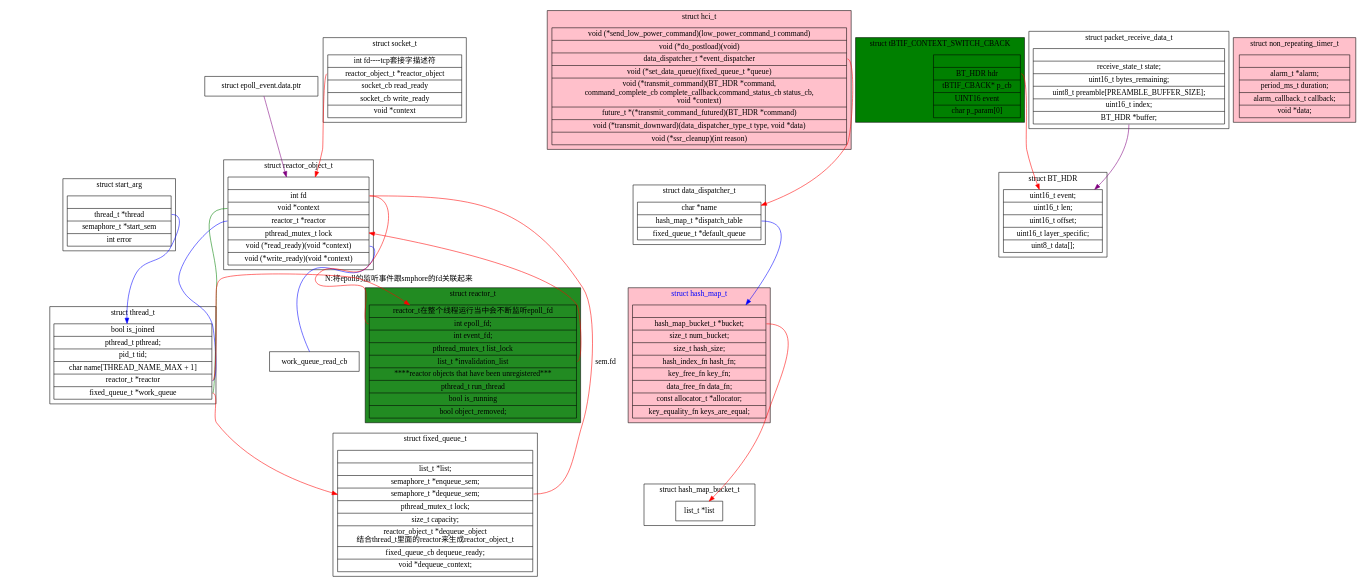
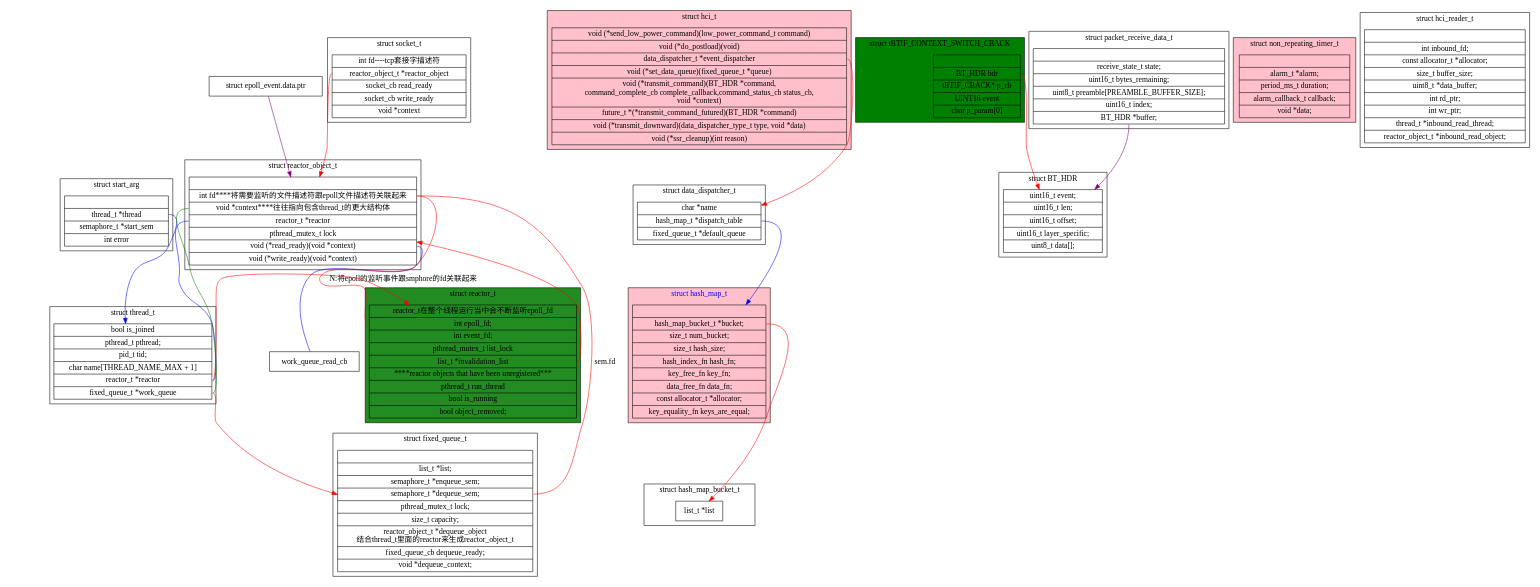
Before and after one commit to YsuXia/Debian-Learning: the diagram in graphviz/bluetooth/bluedroid.dot, drawn with Graphviz. The commit also changed 3 other files, not shown here.

```diff
--- a/graphviz/bluetooth/bluedroid.dot
+++ b/graphviz/bluetooth/bluedroid.dot
@@ -19,8 +19,8 @@
 	subgraph cluster_struct_reactor_object_t{
 		label="struct reactor_object_t";
 		"struct reactor_object_t"[label="{
-		|<fd>int fd
-		|<context>void *context
+		|<fd>int fd****将需要监听的文件描述符跟epoll文件描述符关联起来
+		|<context>void *context****往往指向包含thread_t的更大结构体
 		|<reactor>reactor_t *reactor
 		|pthread_mutex_t lock
 		|<read_ready>void (*read_ready)(void *context)
@@ -190,6 +190,18 @@
 		}"];
 	}
 	"struct socket_t":reactor->"struct reactor_object_t"[color=red];
-
+	subgraph cluster_struct_hci_reader_t{
+		label="struct hci_reader_t";
+		"struct hci_reader_t"[label="{
+	|int inbound_fd;
+  |const allocator_t *allocator;
+  |size_t buffer_size;
+  |uint8_t *data_buffer;
+  |int rd_ptr;
+  |int wr_ptr;
+  |thread_t *inbound_read_thread;
+  |reactor_object_t *inbound_read_object;
+		}"];
+	}
 
 }
```
